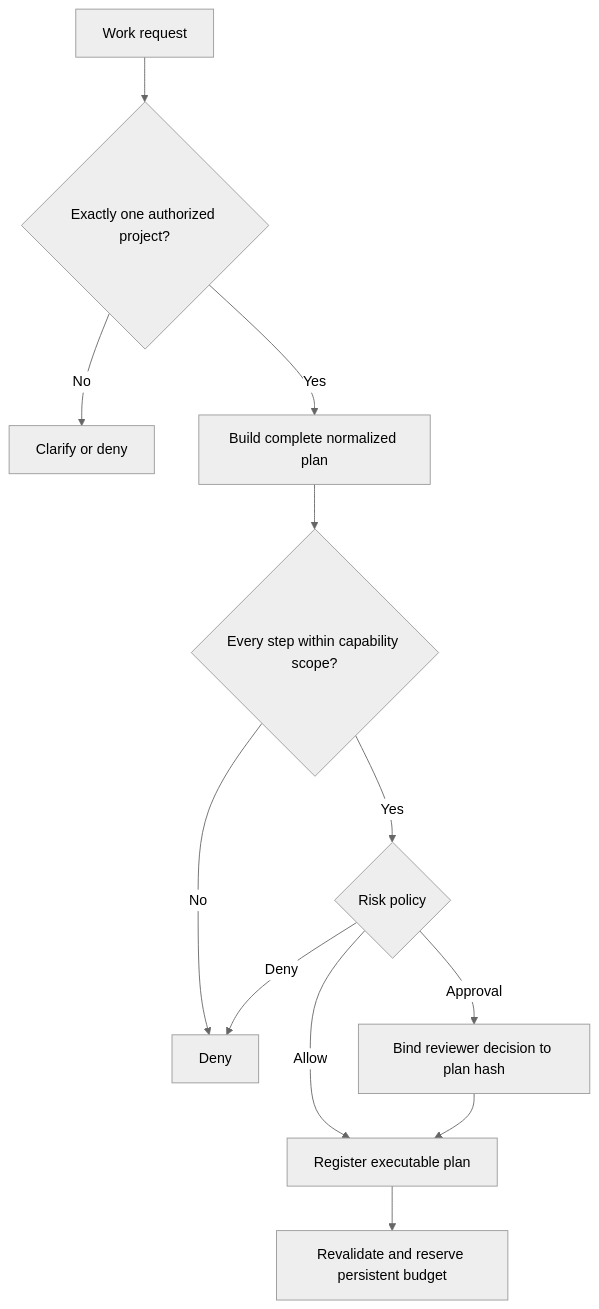
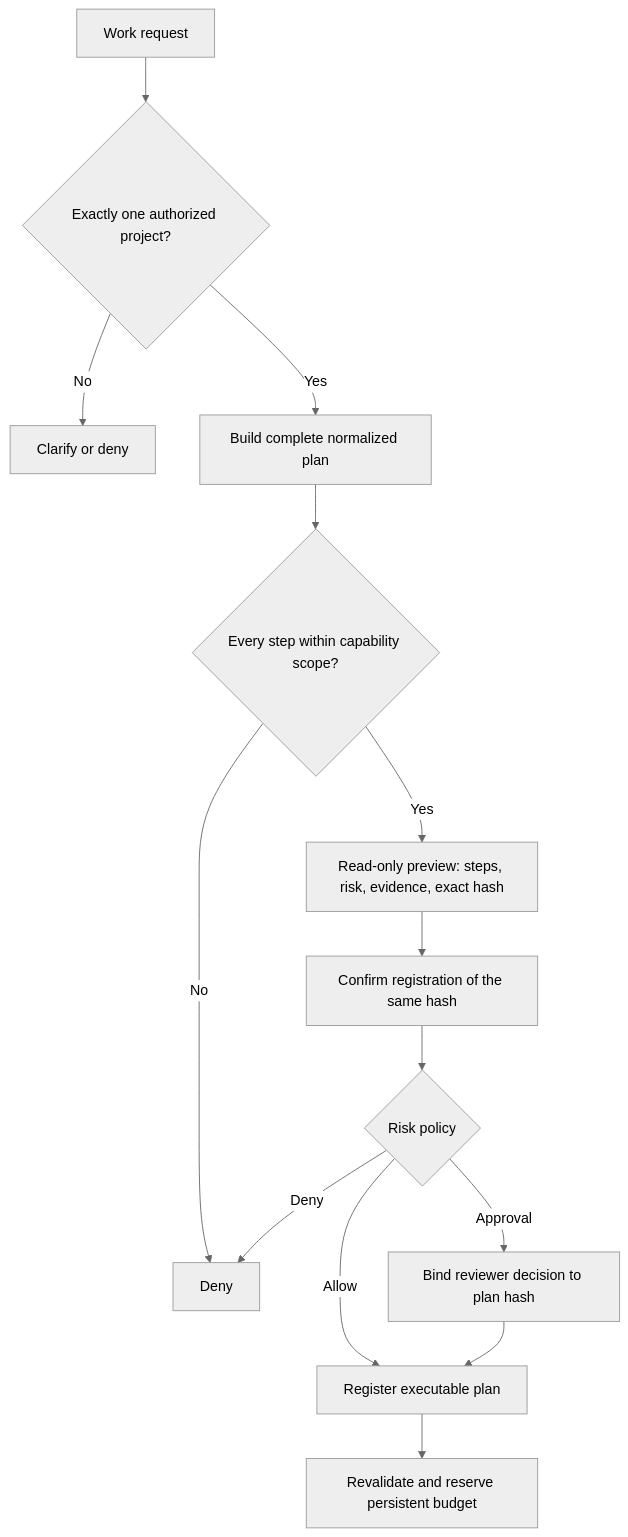
One commit to ruiwang20010702/ai-employee changed the first of 2 diagrams in docs/en/capabilities.md. Above: the diagram before and after it, drawn with Mermaid (neutral theme). The commit also changed other lines of this file and 73 other files, not shown here.

````diff
--- a/docs/en/capabilities.md
+++ b/docs/en/capabilities.md
@@ -40,14 +47,16 @@
 ```mermaid
 flowchart TD
     A["Work request"] --> B{"Exactly one authorized project?"}
     B -->|"No"| C["Clarify or deny"]
     B -->|"Yes"| D["Build complete normalized plan"]
     D --> E{"Every step within capability scope?"}
     E -->|"No"| F["Deny"]
-    E -->|"Yes"| G{"Risk policy"}
+    E -->|"Yes"| P["Read-only preview: steps, risk, evidence, exact hash"]
+    P --> Q["Confirm registration of the same hash"]
+    Q --> G{"Risk policy"}
     G -->|"Allow"| H["Register executable plan"]
     G -->|"Approval"| I["Bind reviewer decision to plan hash"]
     G -->|"Deny"| F
     I --> H
     H --> J["Revalidate and reserve persistent budget"]
 ```
````
